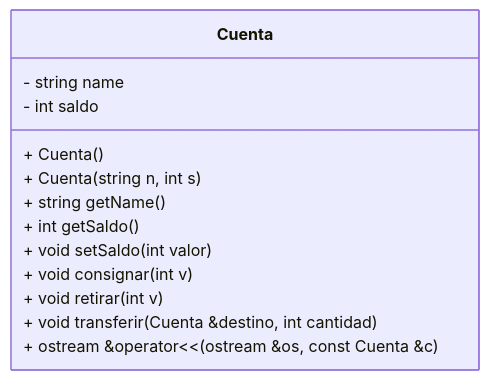
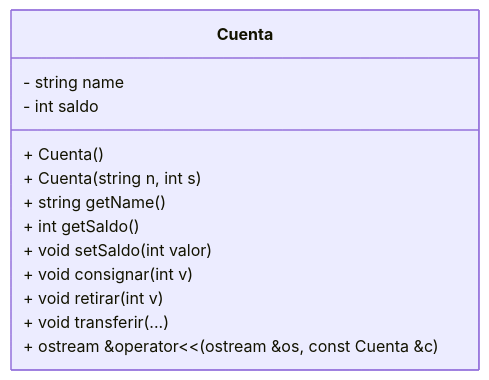
Before and after one commit to yoanpinzon/POO: the first of 2 diagrams in tarea4.md, drawn with Mermaid. The commit also changed other lines of this file, not shown here.

Commit message:
28-feb-2025-05

````diff
--- a/tarea4.md
+++ b/tarea4.md
@@ -143,16 +143,16 @@
 ```mermaid
 classDiagram
     class Cuenta {
         - string name
         - int saldo
         + Cuenta()
         + Cuenta(string n, int s)
         + string getName()
         + int getSaldo()
         + void setSaldo(int valor)
         + void consignar(int v)
         + void retirar(int v)
-        + void transferir(Cuenta &destino, int cantidad)
+        + void transferir(...)
         + ostream &operator<<(ostream &os, const Cuenta &c)
     }
 ```
````
